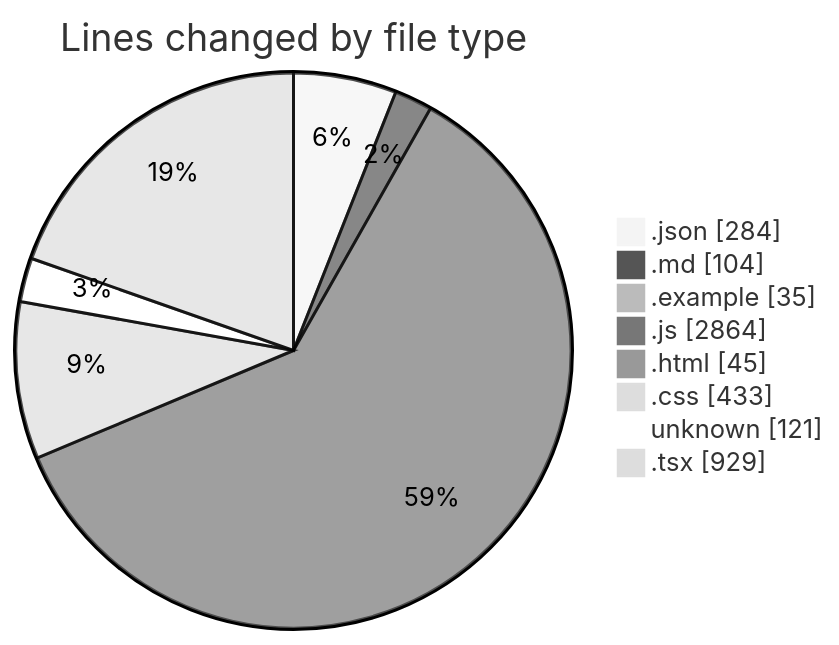
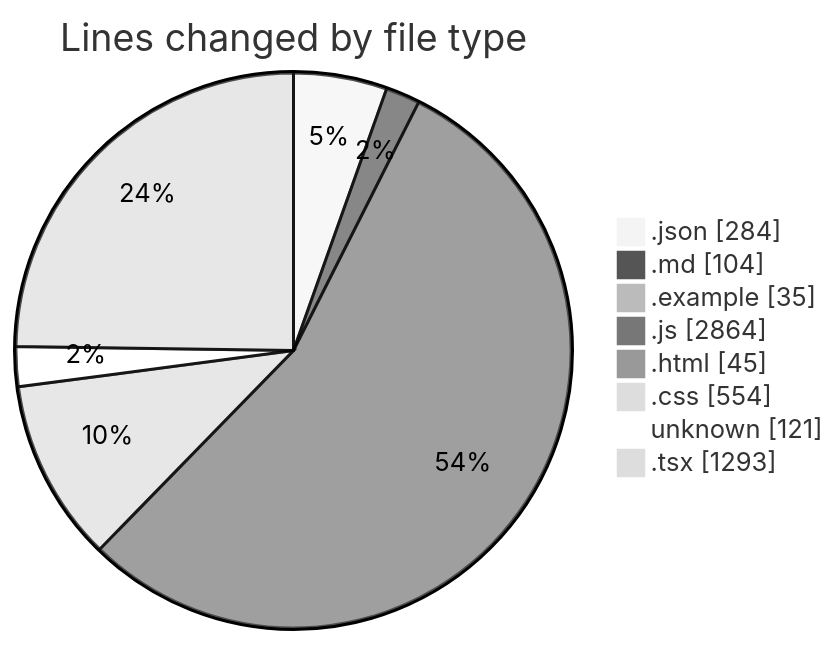
The first of 2 diagrams in 2025-08-05/napxuvn/README.md (lephambinh05/code-tracking), drawn with Mermaid (neutral theme) before and after one commit. The commit also changed other lines of this file and 1 other file, not shown here.

````diff
--- a/2025-08-05/napxuvn/README.md
+++ b/2025-08-05/napxuvn/README.md
@@ -54,12 +57,12 @@
 ```mermaid
 pie showData
 title Lines changed by file type
 ".json" : 284
 ".md" : 104
 ".example" : 35
 ".js" : 2864
 ".html" : 45
-".css" : 433
+".css" : 554
 "unknown" : 121
-".tsx" : 929
+".tsx" : 1293
 ```
````
